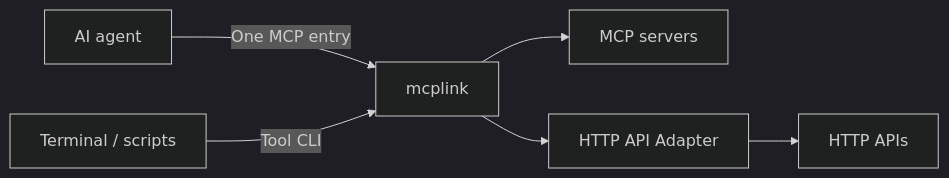
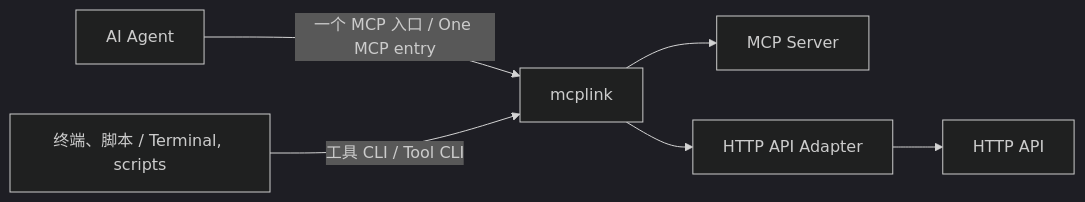
Before and after one commit to sw897/mcplink: the diagram in README.md, drawn with Mermaid (dark theme). The commit also changed other lines of this file and 4 other files, not shown here.

````diff
--- a/README.md
+++ b/README.md
@@ -22,8 +26,8 @@
 ```mermaid
 flowchart LR
-    Agent["AI agent"] -->|One MCP entry| Gateway["mcplink"]
-    Terminal["Terminal / scripts"] -->|Tool CLI| Gateway
-    Gateway --> MCP["MCP servers"]
+    Agent["AI Agent"] -->|"一个 MCP 入口 / One MCP entry"| Gateway["mcplink"]
+    Terminal["终端、脚本 / Terminal, scripts"] -->|"工具 CLI / Tool CLI"| Gateway
+    Gateway --> MCP["MCP Server"]
     Gateway --> Adapter["HTTP API Adapter"]
-    Adapter --> API["HTTP APIs"]
+    Adapter --> API["HTTP API"]
 ```
````
